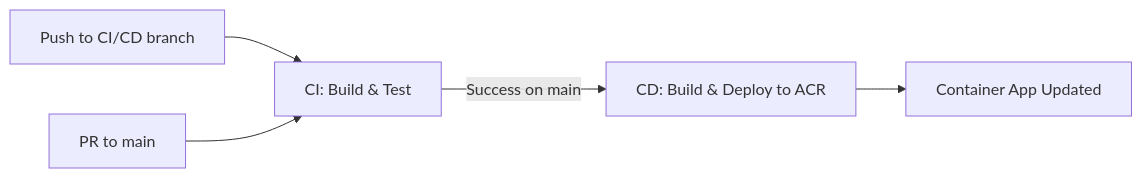
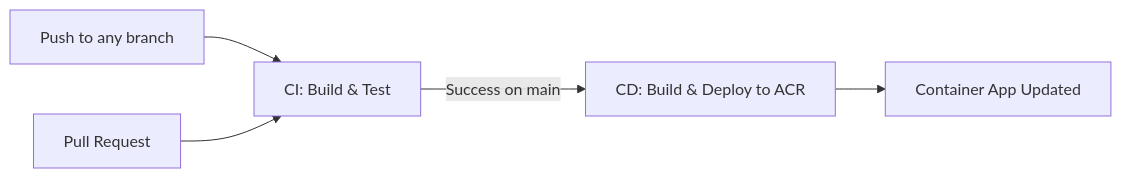
One commit to Priveetee/azure-project changed the diagram in README.md. Above: the diagram before and after it, drawn with Mermaid. The commit also changed other lines of this file and 2 other files, not shown here.

````diff
--- a/README.md
+++ b/README.md
@@ -121,7 +121,7 @@
 ```mermaid
 graph LR
-    A[Push to CI/CD branch] --> B[CI: Build & Test]
-    C[PR to main] --> B
+    A[Push to any branch] --> B[CI: Build & Test]
+    C[Pull Request] --> B
     B -->|Success on main| D[CD: Build & Deploy to ACR]
     D --> E[Container App Updated]
 ```
````
